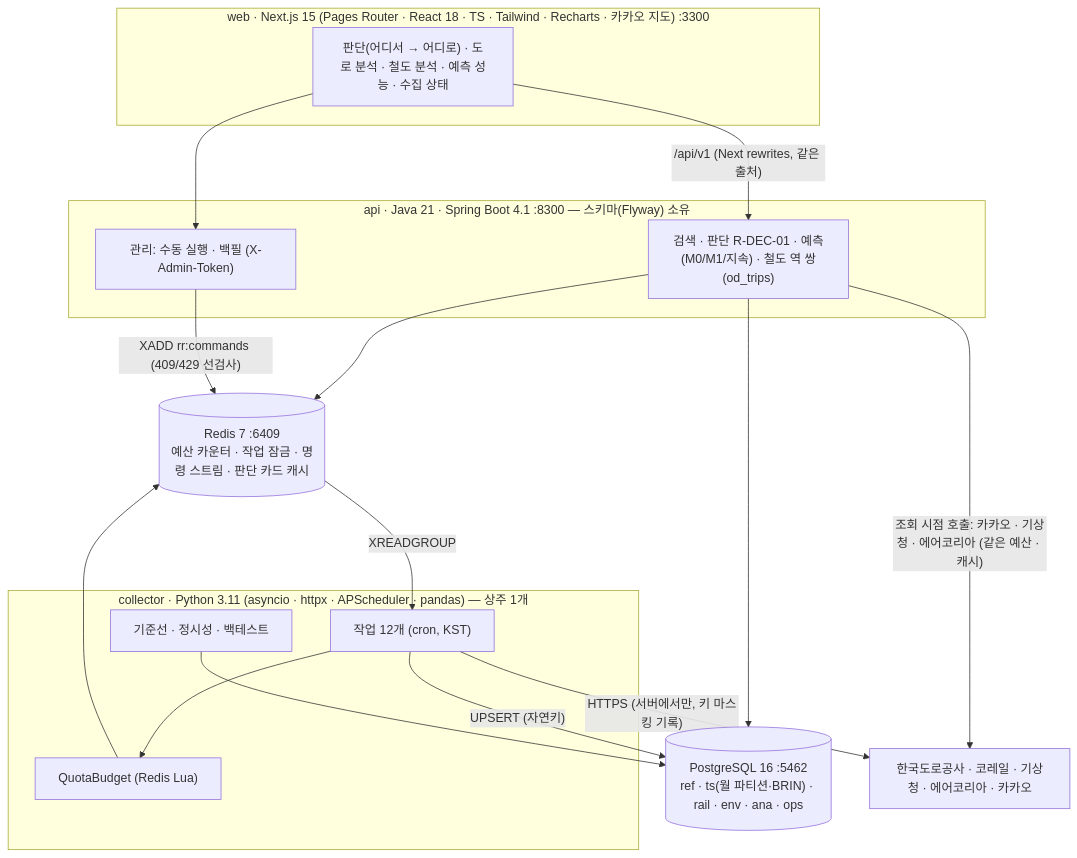
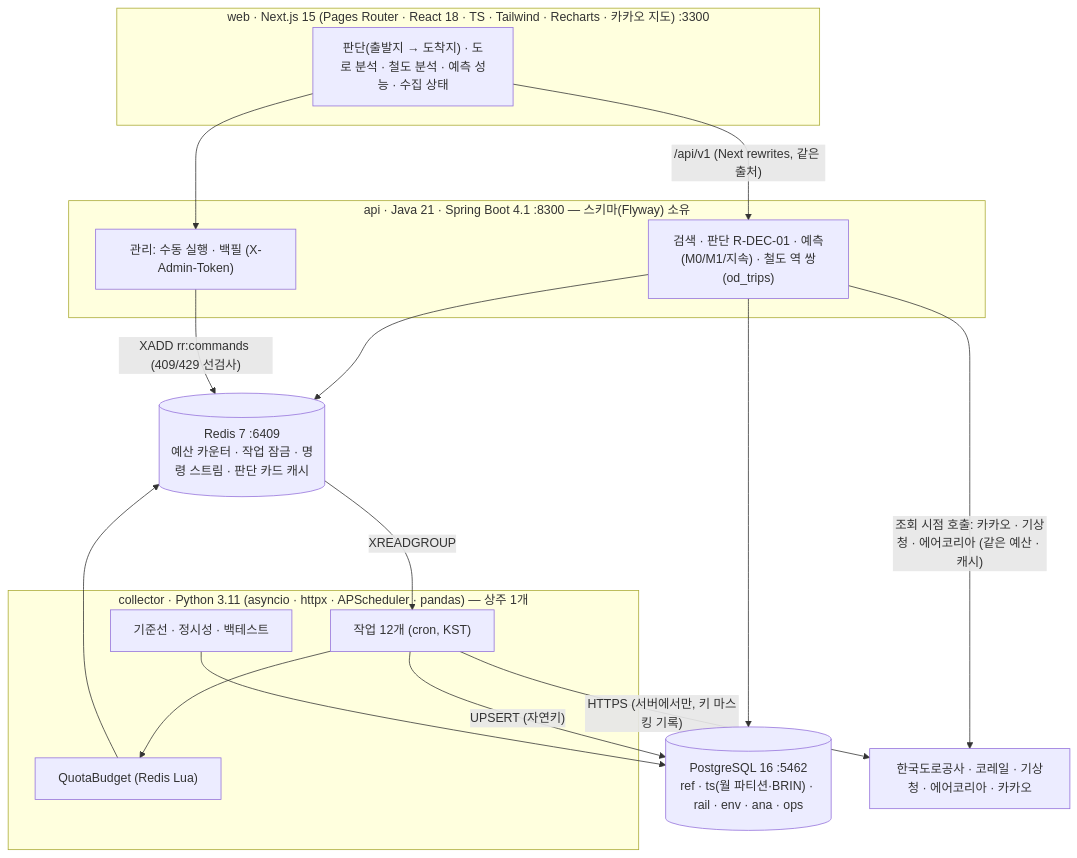
One commit to Jinyoung-Kang/roadrail changed the first of 2 diagrams in README.md. Above: the diagram before and after it, drawn with Mermaid. The commit also changed other lines of this file and 48 other files, not shown here.

````diff
--- a/README.md
+++ b/README.md
@@ -88,30 +88,30 @@
 ```mermaid
 flowchart TB
   subgraph web["web · Next.js 15 (Pages Router · React 18 · TS · Tailwind · Recharts · 카카오 지도) :3300"]
-    pages["판단(어디서 → 어디로) · 도로 분석 · 철도 분석 · 예측 성능 · 수집 상태"]
+    pages["판단(출발지 → 도착지) · 도로 분석 · 철도 분석 · 예측 성능 · 수집 상태"]
   end
   subgraph api["api · Java 21 · Spring Boot 4.1 :8300 — 스키마(Flyway) 소유"]
     q["검색 · 판단 R-DEC-01 · 예측(M0/M1/지속) · 철도 역 쌍(od_trips)"]
     adm["관리: 수동 실행 · 백필 (X-Admin-Token)"]
   end
   subgraph col["collector · Python 3.11 (asyncio · httpx · APScheduler · pandas) — 상주 1개"]
     jobs["작업 12개 (cron, KST)"]
     quota["QuotaBudget (Redis Lua)"]
     ana["기준선 · 정시성 · 백테스트"]
   end
   pg[("PostgreSQL 16 :5462<br/>ref · ts(월 파티션·BRIN) · rail · env · ana · ops")]
   rd[("Redis 7 :6409<br/>예산 카운터 · 작업 잠금 · 명령 스트림 · 판단 카드 캐시")]
   ext["한국도로공사 · 코레일 · 기상청 · 에어코리아 · 카카오"]
 
   pages -- "/api/v1 (Next rewrites, 같은 출처)" --> q
   pages --> adm
   q --> pg
   q --> rd
   adm -- "XADD rr:commands (409/429 선검사)" --> rd
   rd -- "XREADGROUP" --> jobs
   jobs --> quota --> rd
   jobs -- "HTTPS (서버에서만, 키 마스킹 기록)" --> ext
   q -- "조회 시점 호출: 카카오 · 기상청 · 에어코리아 (같은 예산 · 캐시)" --> ext
   jobs -- "UPSERT (자연키)" --> pg
   ana --> pg
 ```
````
